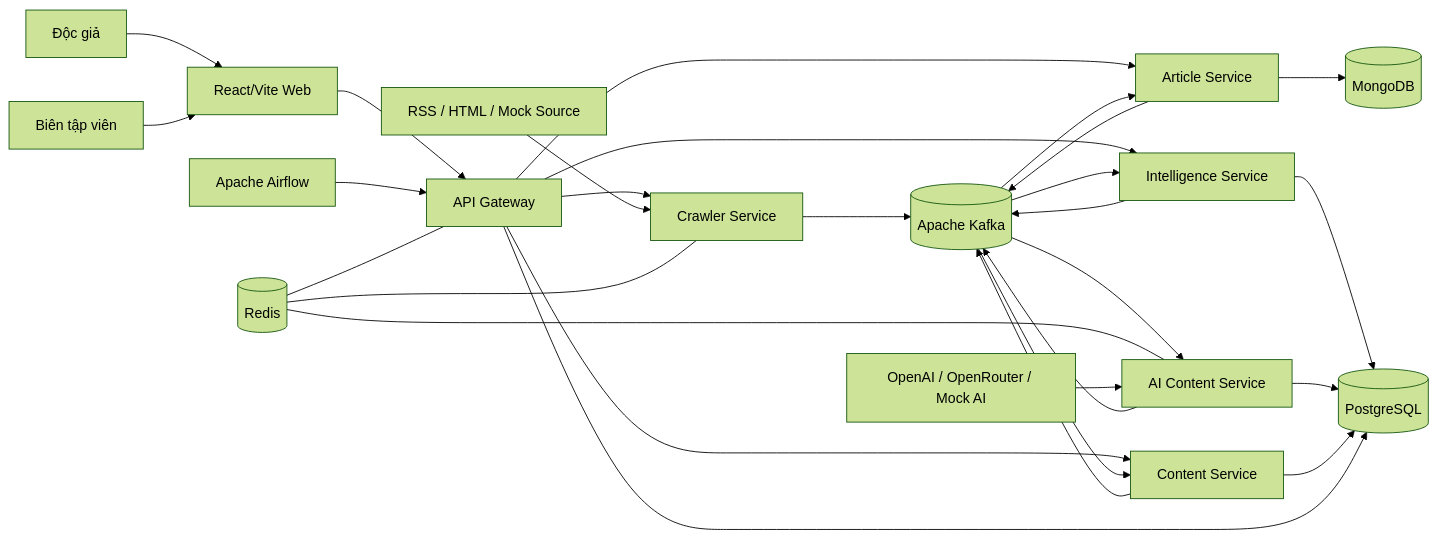
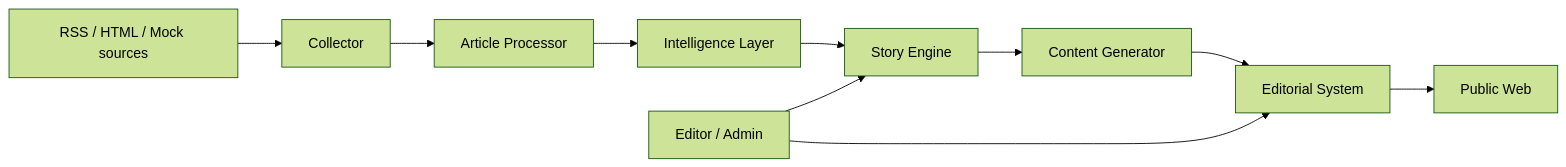
The first of 2 diagrams in docs/architecture.md (marvinphung/project3), drawn with Mermaid (forest theme) before and after one commit. The commit also changed other lines of this file and 57 other files, not shown here.

````diff
--- a/docs/architecture.md
+++ b/docs/architecture.md
@@ -51,30 +11,12 @@
 ```mermaid
 flowchart LR
-    Reader[Độc giả] --> Web[React/Vite Web]
-    Editor[Biên tập viên] --> Web
-    Web --> Gateway[API Gateway]
-    Airflow[Apache Airflow] --> Gateway
-    Gateway --> Crawler[Crawler Service]
-    Gateway --> Article[Article Service]
-    Gateway --> Intel[Intelligence Service]
-    Gateway --> Content[Content Service]
-    Sources[RSS / HTML / Mock Source] --> Crawler
-    Crawler --> Kafka[(Apache Kafka)]
-    Kafka --> Article
-    Article --> Mongo[(MongoDB)]
-    Article --> Kafka
-    Kafka --> Intel
-    Intel --> PG[(PostgreSQL)]
-    Intel --> Kafka
-    Kafka --> AI[AI Content Service]
-    AI --> PG
-    AI --> Kafka
-    Kafka --> Content
-    Content --> PG
-    Content --> Kafka
-    Gateway --> PG
-    Redis[(Redis)] --- Gateway
-    Redis --- Crawler
-    Redis --- AI
-    Providers[OpenAI / OpenRouter / Mock AI] --> AI
+    Sources[RSS / HTML / Mock sources] --> Collector[Collector]
+    Collector --> Article[Article Processor]
+    Article --> Intel[Intelligence Layer]
+    Intel --> Story[Story Engine]
+    Story --> Generator[Content Generator]
+    Generator --> Editorial[Editorial System]
+    Editorial --> Public[Public Web]
+    Admin[Editor / Admin] --> Editorial
+    Admin --> Story
 ```
````
